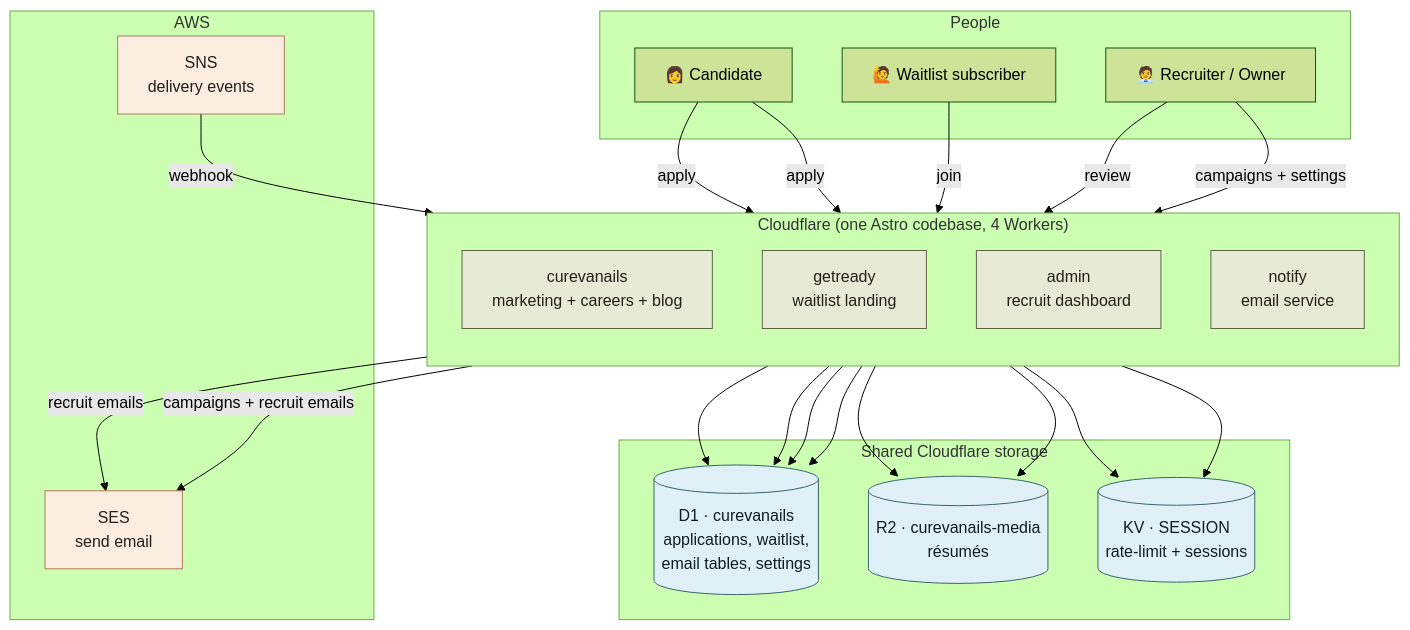
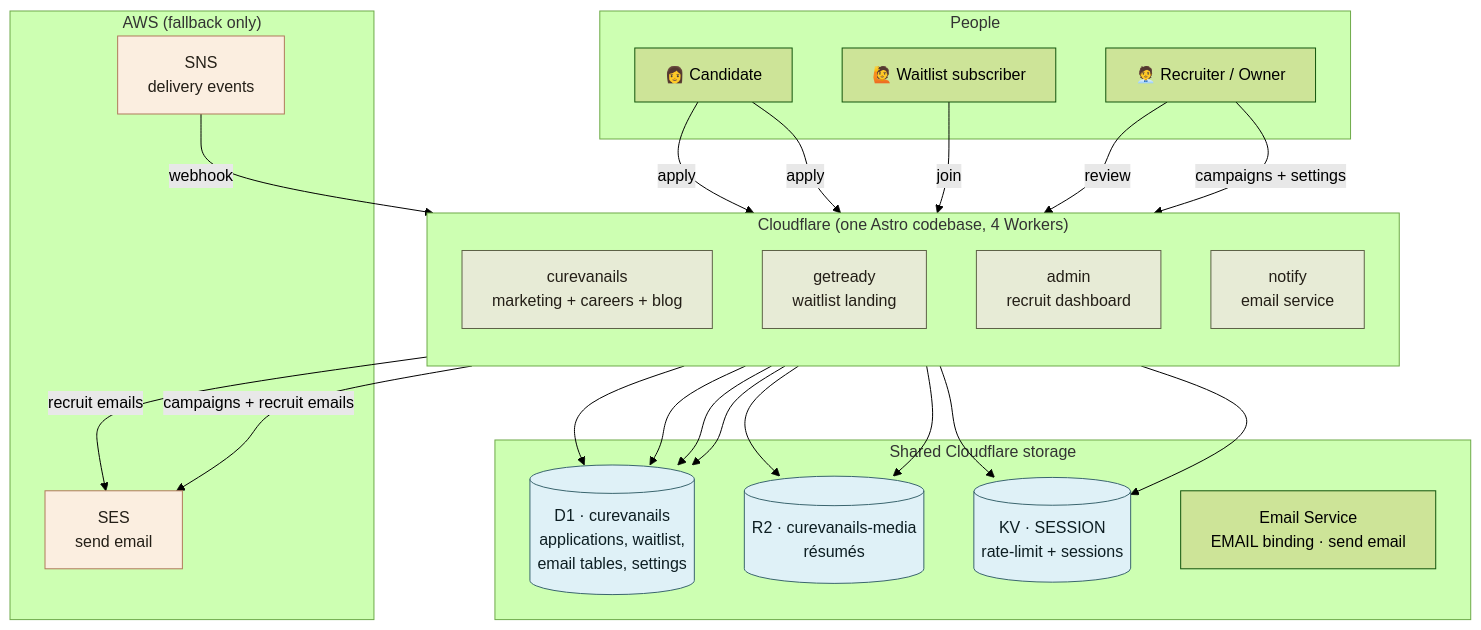
Before and after one commit to curevanails/curevanails: the first of 7 diagrams in docs/ARCHITECTURE.md, drawn with Mermaid (forest theme). The commit also changed other lines of this file and 19 other files, not shown here.

````diff
--- a/docs/ARCHITECTURE.md
+++ b/docs/ARCHITECTURE.md
@@ -17,49 +19,50 @@
 ```mermaid
 flowchart TB
     subgraph clients["People"]
         applicant["👩 Candidate"]
         subscriber["🙋 Waitlist subscriber"]
         recruiter["🧑‍💼 Recruiter / Owner"]
     end
 
     subgraph cf["Cloudflare (one Astro codebase, 4 Workers)"]
         direction TB
         main["curevanails<br/>marketing + careers + blog"]
         getready["getready<br/>waitlist landing"]
         admin["admin<br/>recruit dashboard"]
         notify["notify<br/>email service"]
     end
 
     subgraph stores["Shared Cloudflare storage"]
         d1[("D1 · curevanails<br/>applications, waitlist,<br/>email tables, settings")]
         r2[("R2 · curevanails-media<br/>résumés")]
         kv[("KV · SESSION<br/>rate-limit + sessions")]
+        email["Email Service<br/>EMAIL binding · send email"]
     end
 
-    subgraph aws["AWS"]
+    subgraph aws["AWS (fallback only)"]
         ses["SES<br/>send email"]
         sns["SNS<br/>delivery events"]
     end
 
     applicant -->|apply| main
     applicant -->|apply| getready
     subscriber -->|join| getready
     recruiter -->|review| admin
     recruiter -->|campaigns + settings| notify
 
     main --> d1 & r2 & kv
     getready --> d1 & kv
     admin --> d1 & r2
     notify --> d1
 
     main -->|recruit emails| ses
     notify -->|campaigns + recruit emails| ses
     sns -->|webhook| notify
 
     classDef worker fill:#e7ebd6,stroke:#5e6247,color:#241f17;
     classDef store fill:#dff1f7,stroke:#3a656e,color:#0d1e22;
     classDef ext fill:#fbeee0,stroke:#b07a5b,color:#241f17;
     class main,getready,admin,notify worker;
     class d1,r2,kv store;
     class ses,sns ext;
 ```
````
